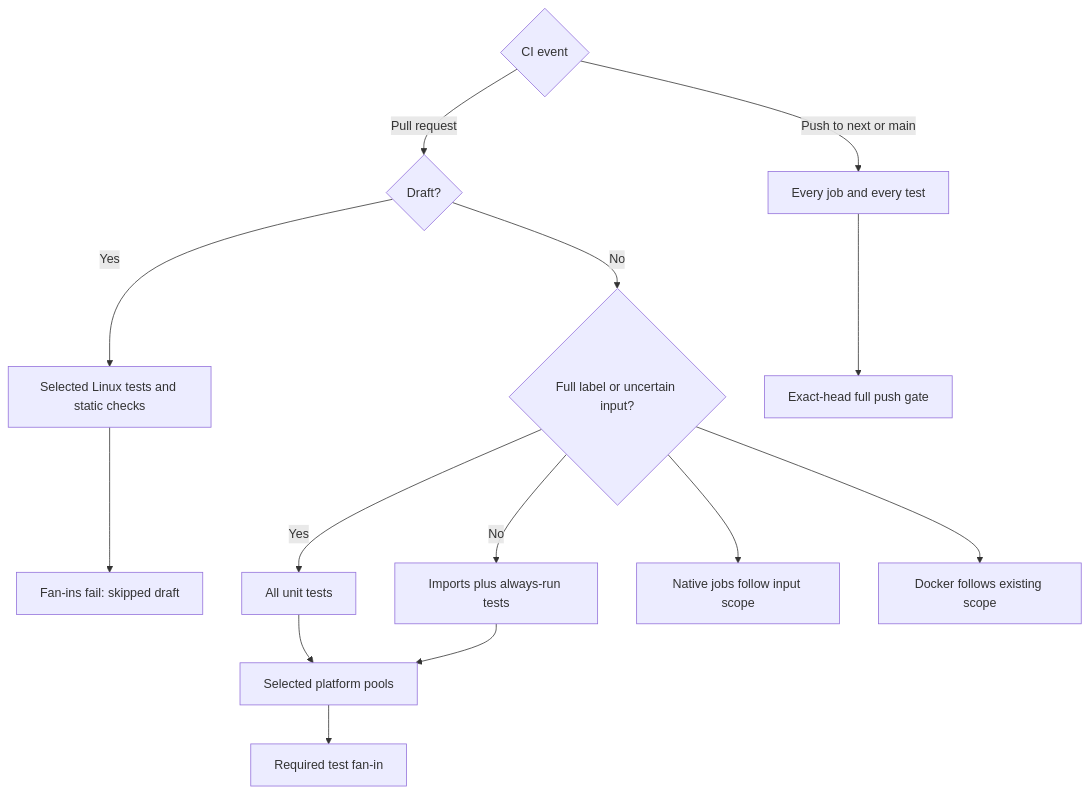
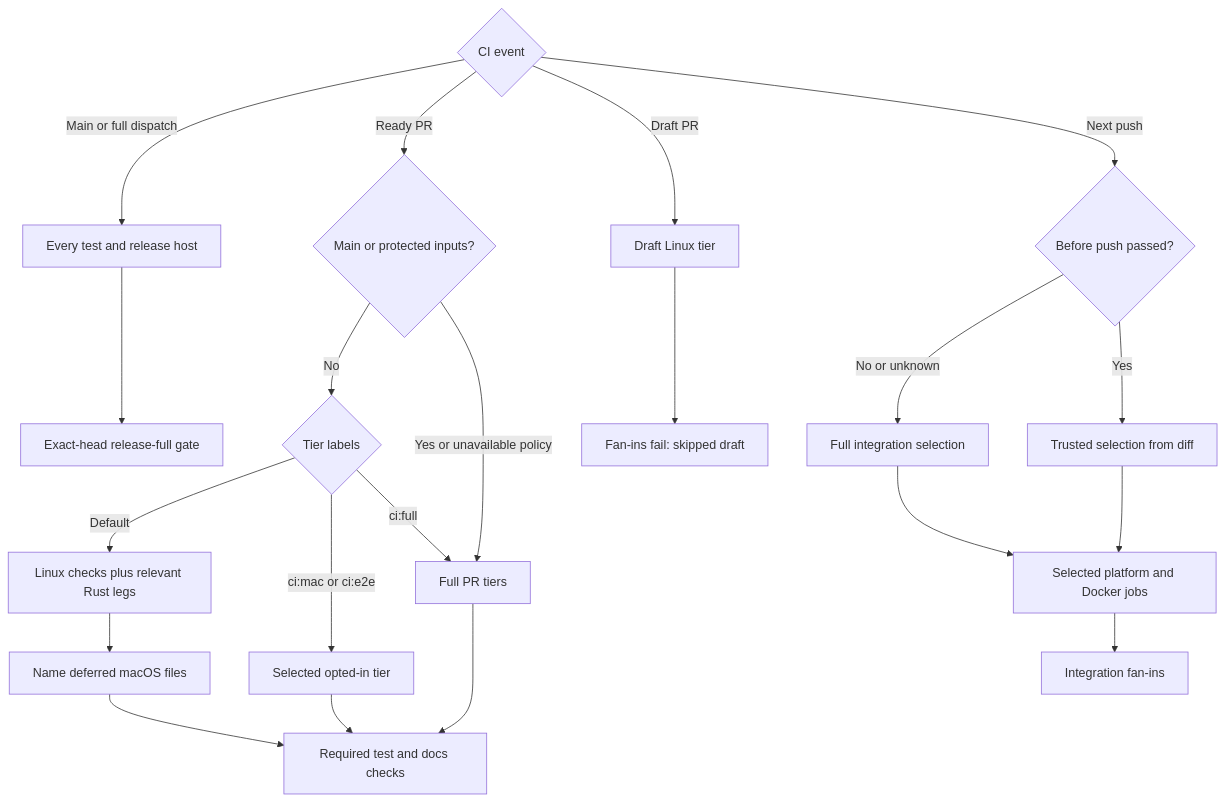
The diagram in docs/reference/ci-test-selection.mmd (hack-dance/hack), drawn with Mermaid before and after one commit. The commit also changed 21 other files, not shown here.

```diff
--- a/docs/reference/ci-test-selection.mmd
+++ b/docs/reference/ci-test-selection.mmd
@@ -1,18 +1,26 @@
 flowchart TD
   event{CI event}
-  event -->|Push to next or main| full[Every job and every test]
-  event -->|Pull request| draft{Draft?}
-  draft -->|Yes| light[Selected Linux tests and static checks]
-  light --> blocked[Fan-ins fail: skipped draft]
-  draft -->|No| select{Full label or uncertain input?}
-  select -->|Yes| all[All unit tests]
-  select -->|No| imports[Imports plus always-run tests]
-  all --> pools[Selected platform pools]
-  imports --> pools
-  pools --> gate[Required test fan-in]
-  select --> native[Native jobs follow input scope]
-  select --> docker[Docker follows existing scope]
-  full --> release[Exact-head full push gate]
-  class light,pools,full live
-  class blocked fail
-  class gate,release ok
+  event -->|Main or full dispatch| full[Every test and release host]
+  full --> release[Exact-head release-full gate]
+  event -->|Ready PR| guard{Main or protected inputs?}
+  guard -->|No| labels{Tier labels}
+  guard -->|Yes or unavailable policy| allpr
+  event -->|Draft PR| draft[Draft Linux tier]
+  draft --> draftgate[Fan-ins fail: skipped draft]
+  labels -->|Default| light[Linux checks plus relevant Rust legs]
+  light --> deferred[Name deferred macOS files]
+  deferred --> prgate[Required test and docs checks]
+  labels -->|ci:mac or ci:e2e| tier[Selected opted-in tier]
+  labels -->|ci:full| allpr[Full PR tiers]
+  tier --> prgate
+  allpr --> prgate
+  event -->|Next push| before{Before push passed?}
+  before -->|No or unknown| all[Full integration selection]
+  before -->|Yes| select[Trusted selection from diff]
+  all --> integration[Selected platform and Docker jobs]
+  select --> integration
+  integration --> gate[Integration fan-ins]
+  class light,tier,allpr,integration,full live
+  class deferred wait
+  class draftgate fail
+  class prgate,gate,release ok
```
